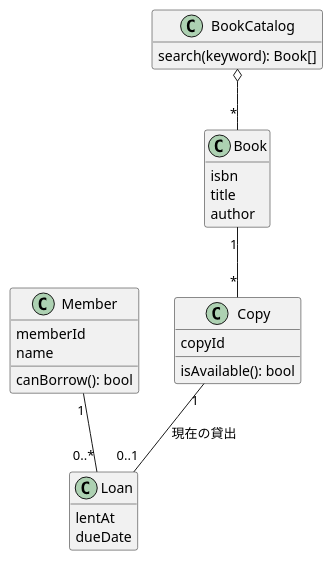
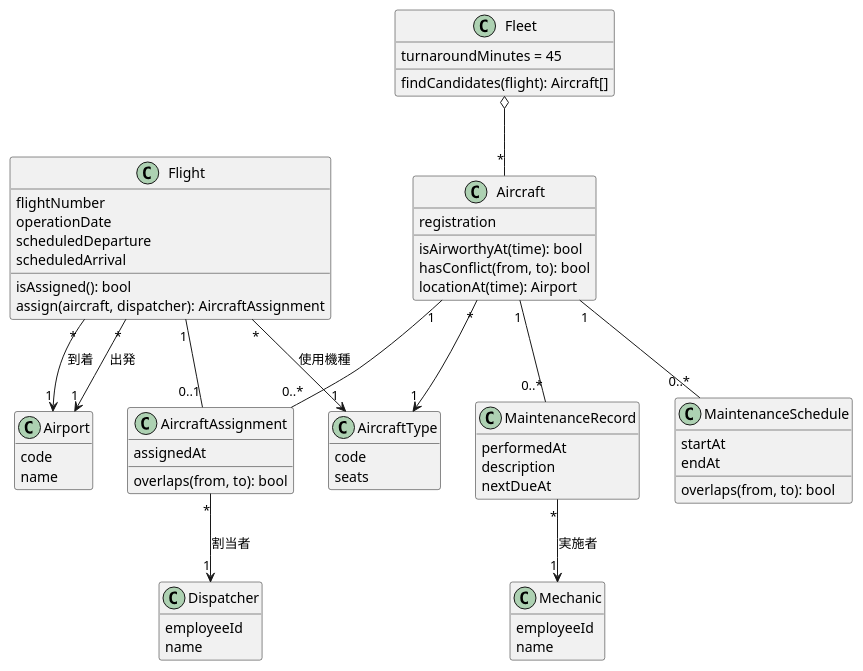
One commit to UeEmon/use-case-driven-development-workbench changed the diagram in docs/domain/domain-model.md. Above: the diagram before and after it, drawn with PlantUML. The commit also changed other lines of this file and 15 other files, not shown here.

First line of the commit message:
題材を図書館サンプルから航空機の運航管理システムに置き換え

````diff
--- a/docs/domain/domain-model.md
+++ b/docs/domain/domain-model.md
@@ -5,33 +6,67 @@
 ```plantuml
 @startuml
 hide empty members
 skinparam shadowing false
 
-class Member {
-  memberId
+class Airport {
+  code
   name
-  canBorrow(): bool
 }
-class Book {
-  isbn
-  title
-  author
+class AircraftType {
+  code
+  seats
 }
-class Copy {
-  copyId
-  isAvailable(): bool
+class Aircraft {
+  registration
+  isAirworthyAt(time): bool
+  hasConflict(from, to): bool
+  locationAt(time): Airport
 }
-class Loan {
-  lentAt
-  dueDate
+class Fleet {
+  turnaroundMinutes = 45
+  findCandidates(flight): Aircraft[]
 }
-class BookCatalog {
-  search(keyword): Book[]
+class Flight {
+  flightNumber
+  operationDate
+  scheduledDeparture
+  scheduledArrival
+  isAssigned(): bool
+  assign(aircraft, dispatcher): AircraftAssignment
+}
+class AircraftAssignment {
+  assignedAt
+  overlaps(from, to): bool
+}
+class MaintenanceRecord {
+  performedAt
+  description
+  nextDueAt
+}
+class MaintenanceSchedule {
+  startAt
+  endAt
+  overlaps(from, to): bool
+}
+class Dispatcher {
+  employeeId
+  name
+}
+class Mechanic {
+  employeeId
+  name
 }
 
-Book "1" -- "*" Copy
-Member "1" -- "0..*" Loan
-Copy "1" -- "0..1" Loan : 現在の貸出
-BookCatalog o-- "*" Book
+Fleet o-- "*" Aircraft
+Aircraft "*" --> "1" AircraftType
+Flight "*" --> "1" AircraftType : 使用機種
+Flight "*" --> "1" Airport : 出発
+Flight "*" --> "1" Airport : 到着
+Flight "1" -- "0..1" AircraftAssignment
+Aircraft "1" -- "0..*" AircraftAssignment
+AircraftAssignment "*" --> "1" Dispatcher : 割当者
+Aircraft "1" -- "0..*" MaintenanceRecord
+Aircraft "1" -- "0..*" MaintenanceSchedule
+MaintenanceRecord "*" --> "1" Mechanic : 実施者
 @enduml
 ```
````
